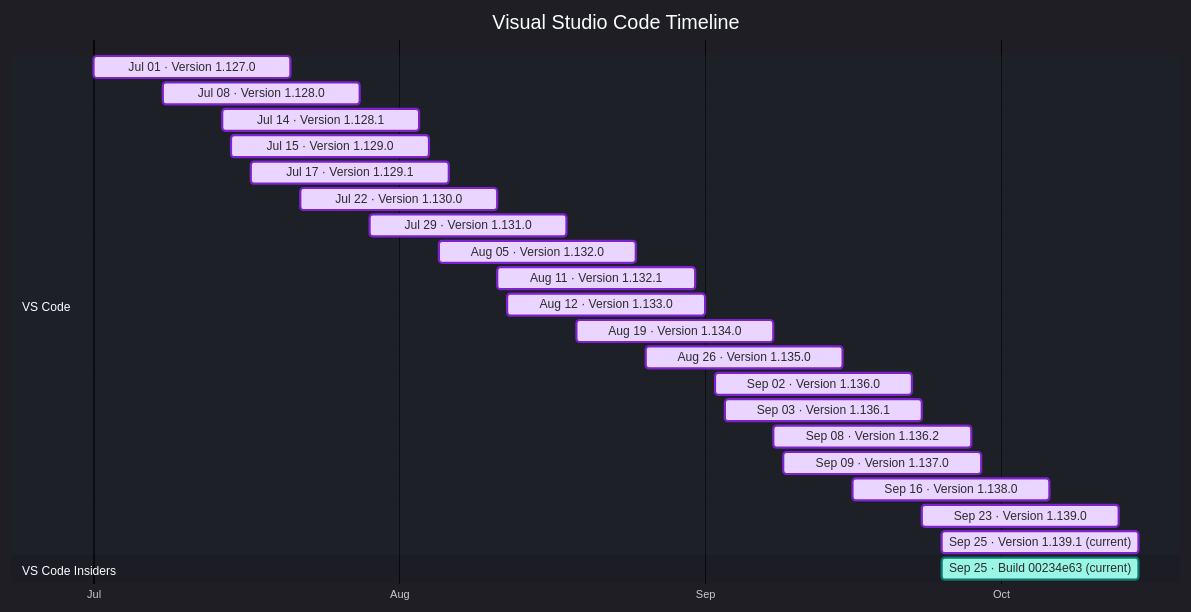
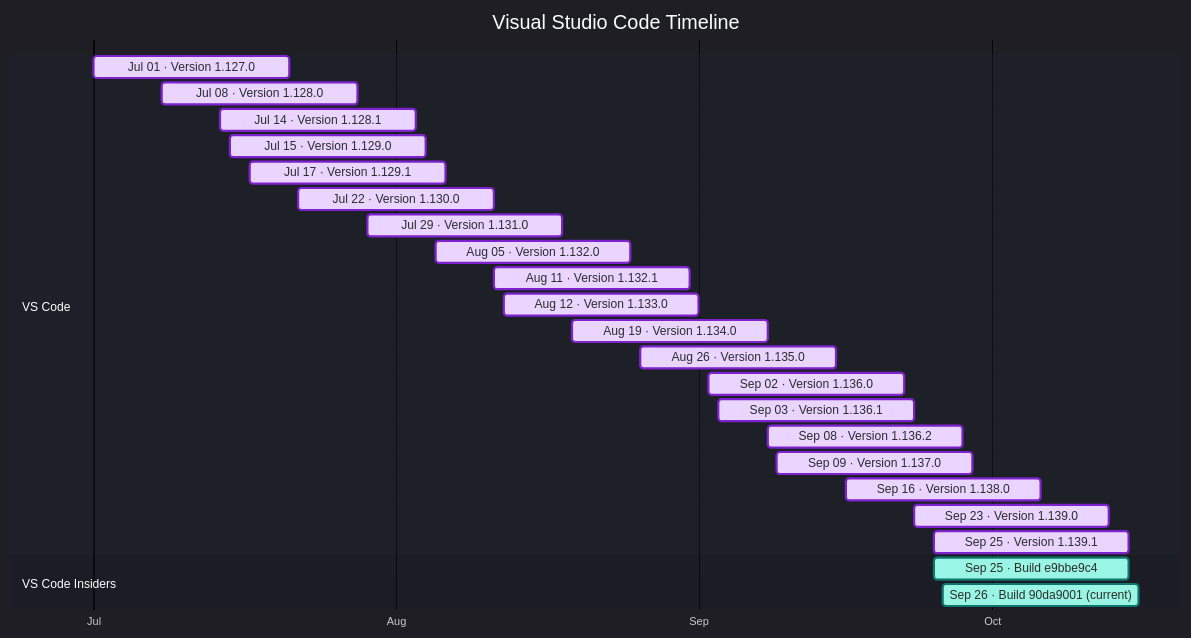
The diagram in docs/vscode.md (Oxelya-DevTools/VisualStudioUpdate), drawn with Mermaid before and after one commit. The commit also changed other lines of this file and 1 other file, not shown here.

Commit message:
Update generated release feeds

````diff
--- a/docs/vscode.md
+++ b/docs/vscode.md
@@ -9,30 +9,31 @@
 ```mermaid
 %%{init: {'theme':'dark','themeVariables': { 'fontFamily': 'Segoe UI', 'fontSize': '24px', 'textColor': '#F3F4F6', 'titleTextColor': '#FFFFFF', 'taskTextColor': '#111827', 'taskTextLightColor': '#111827', 'taskTextOutsideColor': '#F3F4F6', 'taskBkgColor': '#BAE6FD', 'taskBorderColor': '#0369A1', 'doneTaskBkgColor': '#E9D5FF', 'doneTaskBorderColor': '#7E22CE', 'activeTaskBkgColor': '#99F6E4', 'activeTaskBorderColor': '#0F766E', 'critTaskBkgColor': '#FED7AA', 'critTaskBorderColor': '#C2410C', 'sectionBkgColor': '#1F2937', 'altSectionBkgColor': '#111827', 'gridColor': '#4B5563', 'todayLineColor': '#F87171' }}}%%
 gantt
     title Visual Studio Code Timeline
     dateFormat  YYYY-MM-DD
     axisFormat  %b
     tickInterval 1month
     section VS Code
     Jul 01 · Version 1.127.0 : done, vscode202607010, 2026-07-01, 20d
     Jul 08 · Version 1.128.0 : done, vscode202607081, 2026-07-08, 20d
     Jul 14 · Version 1.128.1 : done, vscode202607142, 2026-07-14, 20d
     Jul 15 · Version 1.129.0 : done, vscode202607153, 2026-07-15, 20d
     Jul 17 · Version 1.129.1 : done, vscode202607174, 2026-07-17, 20d
     Jul 22 · Version 1.130.0 : done, vscode202607225, 2026-07-22, 20d
     Jul 29 · Version 1.131.0 : done, vscode202607296, 2026-07-29, 20d
     Aug 05 · Version 1.132.0 : done, vscode202608057, 2026-08-05, 20d
     Aug 11 · Version 1.132.1 : done, vscode202608118, 2026-08-11, 20d
     Aug 12 · Version 1.133.0 : done, vscode202608129, 2026-08-12, 20d
     Aug 19 · Version 1.134.0 : done, vscode2026081910, 2026-08-19, 20d
     Aug 26 · Version 1.135.0 : done, vscode2026082611, 2026-08-26, 20d
     Sep 02 · Version 1.136.0 : done, vscode2026090212, 2026-09-02, 20d
     Sep 03 · Version 1.136.1 : done, vscode2026090313, 2026-09-03, 20d
     Sep 08 · Version 1.136.2 : done, vscode2026090814, 2026-09-08, 20d
     Sep 09 · Version 1.137.0 : done, vscode2026090915, 2026-09-09, 20d
     Sep 16 · Version 1.138.0 : done, vscode2026091616, 2026-09-16, 20d
     Sep 23 · Version 1.139.0 : done, vscode2026092317, 2026-09-23, 20d
-    Sep 25 · Version 1.139.1 (current) : done, vscode2026092518, 2026-09-25, 20d
+    Sep 25 · Version 1.139.1 : done, vscode2026092518, 2026-09-25, 20d
     section VS Code Insiders
-    Sep 25 · Build 00234e63 (current) : active, vscodeinsiders202609250, 2026-09-25, 20d
+    Sep 25 · Build e9bbe9c4 : active, vscodeinsiders202609250, 2026-09-25, 20d
+    Sep 26 · Build 90da9001 (current) : active, vscodeinsiders202609261, 2026-09-26, 20d
 ```
````
